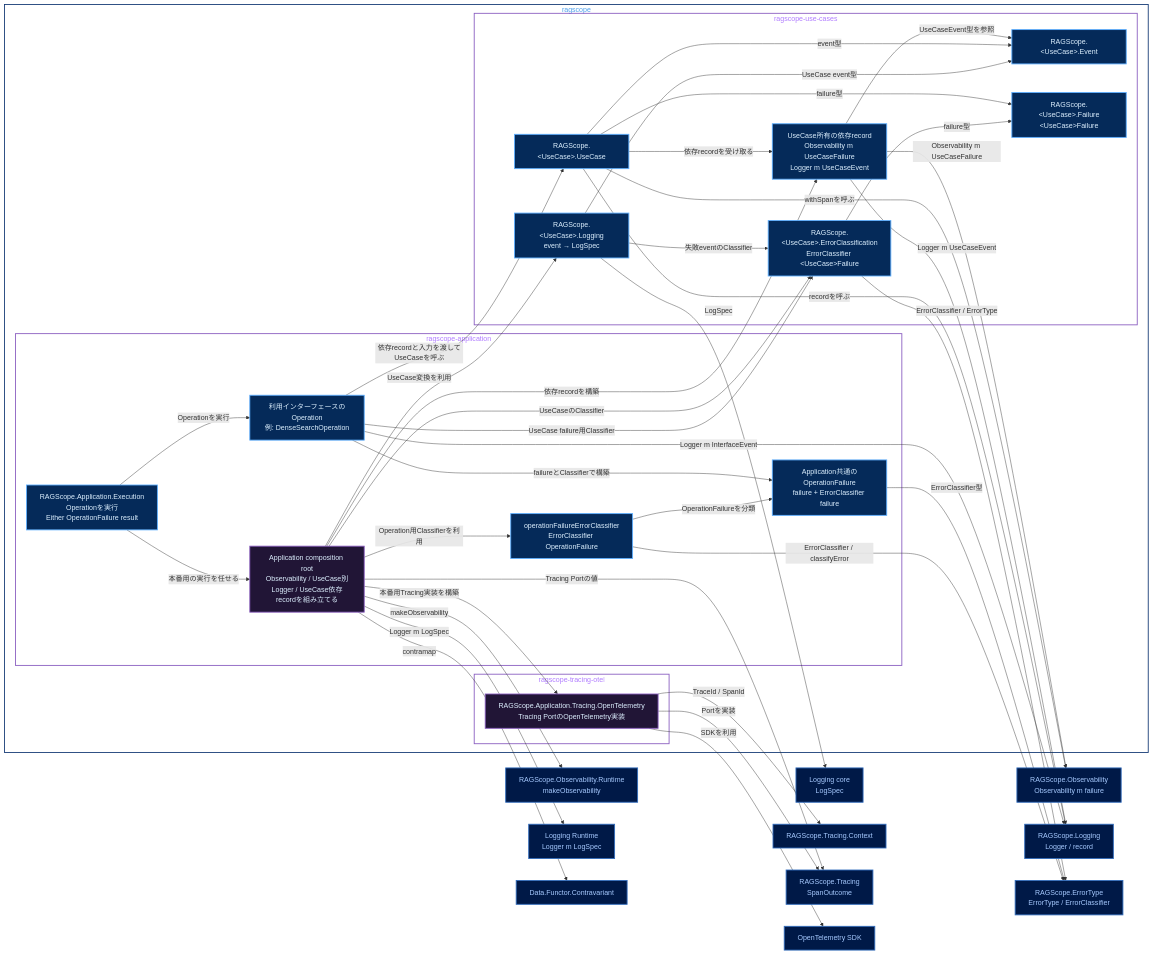
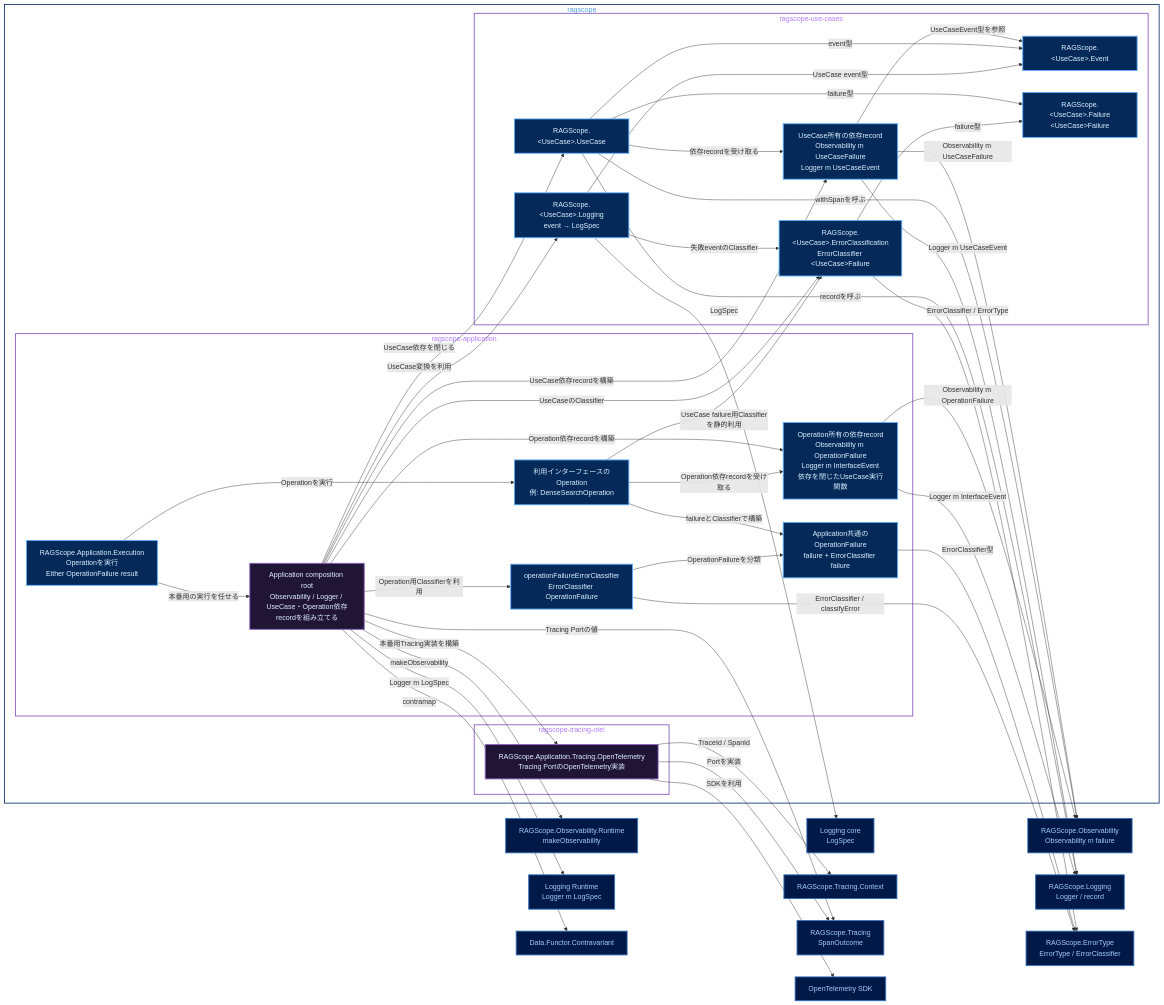
One commit to takashit16833/Workbench changed the diagram in Notes/RAGScope/RAGScopeアプリケーション/実行追跡・構造化ログ静的依存図 Application・UseCase.md. Above: the diagram before and after it, drawn with Mermaid. The commit also changed other lines of this file, not shown here.

Commit message:
docs: show Operation dependency record

```diff
--- a/Notes/RAGScope/RAGScopeアプリケーション/実行追跡・構造化ログ静的依存図 Application・UseCase.md
+++ b/Notes/RAGScope/RAGScopeアプリケーション/実行追跡・構造化ログ静的依存図 Application・UseCase.md
@@ -23,8 +25,9 @@
     subgraph pkg_ragscope["ragscope"]
         subgraph app["ragscope-application"]
             app_exec["RAGScope.Application.Execution<br/>Operationを実行<br/>Either OperationFailure result"]
-            composition["Application composition root<br/>Observability / UseCase別Logger / UseCase依存recordを組み立てる"]
+            composition["Application composition root<br/>Observability / Logger / UseCase・Operation依存recordを組み立てる"]
             interface_op["利用インターフェースのOperation<br/>例: DenseSearchOperation"]
+            operation_deps["Operation所有の依存record<br/>Observability m OperationFailure<br/>Logger m InterfaceEvent<br/>依存を閉じたUseCase実行関数"]
             operation_failure["Application共通のOperationFailure<br/>failure + ErrorClassifier failure"]
             operation_classifier["operationFailureErrorClassifier<br/>ErrorClassifier OperationFailure"]
         end
@@ -55,17 +58,21 @@
     app_exec -->|Operationを実行| interface_op
     composition -->|UseCaseのClassifier| usecase_classifier
     composition -->|UseCase変換を利用| usecase_logging
-    composition -->|依存recordを構築| usecase_deps
+    composition -->|UseCase依存recordを構築| usecase_deps
+    composition -->|UseCase依存を閉じる| usecase_body
+    composition -->|Operation依存recordを構築| operation_deps
     composition -->|makeObservability| obs_runtime
     composition -->|Tracing Portの値| tracing
     composition -->|Logger m LogSpec| logging_runtime
     composition -->|contramap| contravariant
     composition -->|本番用Tracing実装を構築| otel_adapter
 
-    interface_op -->|依存recordと入力を渡してUseCaseを呼ぶ| usecase_body
+    interface_op -->|Operation依存recordを受け取る| operation_deps
     interface_op -->|failureとClassifierで構築| operation_failure
-    interface_op -->|UseCase failure用Classifier| usecase_classifier
-    interface_op -->|Logger m InterfaceEvent| logger
+    interface_op -->|UseCase failure用Classifierを静的利用| usecase_classifier
+
+    operation_deps -->|Observability m OperationFailure| obs
+    operation_deps -->|Logger m InterfaceEvent| logger
 
     operation_failure -->|ErrorClassifier型| error_type
     operation_classifier -->|OperationFailureを分類| operation_failure
@@ -94,7 +101,7 @@
     classDef public fill:#052A59,stroke:#5EAFFF,color:#DDF0FF,stroke-width:2px
     classDef private fill:#211536,stroke:#8A5EC0,color:#DDF0FF,stroke-width:2px
     classDef outside fill:#001947,stroke:#316CBD,color:#A6CAFF,stroke-width:2px
-    class app_exec,interface_op,operation_failure,operation_classifier,usecase_body,usecase_deps,usecase_event,usecase_failure,usecase_classifier,usecase_logging public
+    class app_exec,interface_op,operation_deps,operation_failure,operation_classifier,usecase_body,usecase_deps,usecase_event,usecase_failure,usecase_classifier,usecase_logging public
     class composition,otel_adapter private
     class obs,obs_runtime,logger,logspec,logging_runtime,context,tracing,error_type,contravariant,sdk outside
     style pkg_ragscope fill:transparent,stroke:#153A75,color:#4C9EEB,stroke-width:2px
```
